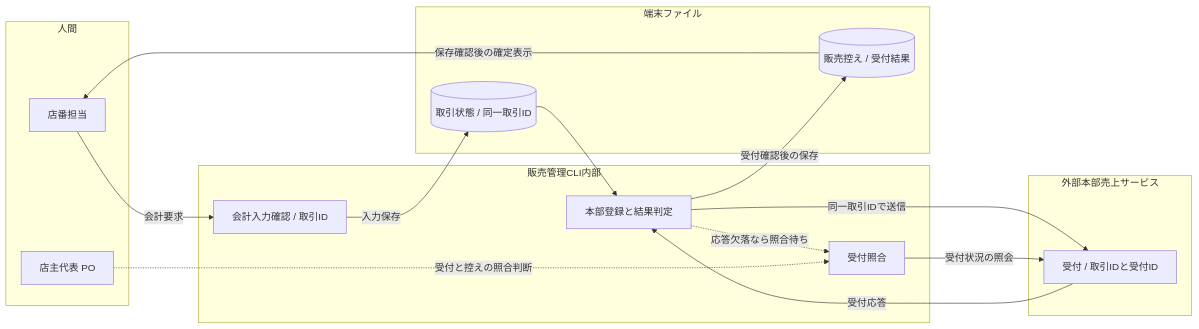
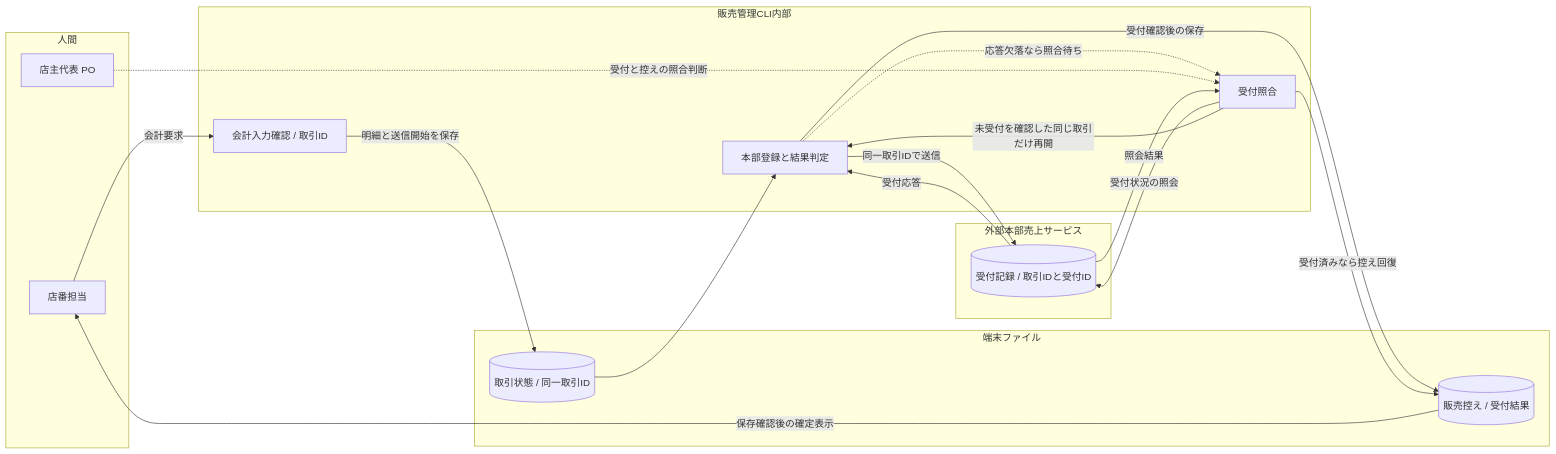
Before and after one commit to specdojo/specdojo: the first of 2 diagrams in docs/ja/specdojo/samples/sysd-critical-flows-sample.md, drawn with Mermaid. The commit also changed other lines of this file and 5 other files, not shown here.

Commit message:
exec(T-KATA-WAVE-1-sysd-critical-flows-050): apply task changes

````diff
--- a/docs/ja/specdojo/samples/sysd-critical-flows-sample.md
+++ b/docs/ja/specdojo/samples/sysd-critical-flows-sample.md
@@ -40,29 +40,32 @@
 ```mermaid
 flowchart LR
   subgraph H[人間]
     U[店番担当]
     O[店主代表 PO]
   end
   subgraph C[販売管理CLI内部]
     V[会計入力確認 / 取引ID]
     S[本部登録と結果判定]
     Q[受付照合]
   end
   subgraph L[端末ファイル]
     T[(取引状態 / 同一取引ID)]
     D[(販売控え / 受付結果)]
   end
   subgraph X[外部本部売上サービス]
-    A[受付 / 取引IDと受付ID]
+    A[(受付記録 / 取引IDと受付ID)]
   end
   U -->|会計要求| V
-  V -->|入力保存| T
+  V -->|明細と送信開始を保存| T
   T --> S
   S -->|同一取引IDで送信| A
   A -->|受付応答| S
   S -->|受付確認後の保存| D
   D -->|保存確認後の確定表示| U
   S -.->|応答欠落なら照合待ち| Q
   O -.->|受付と控えの照合判断| Q
   Q -->|受付状況の照会| A
+  A -->|照会結果| Q
+  Q -->|受付済みなら控え回復| D
+  Q -->|未受付を確認した同じ取引だけ再開| S
 ```
````
